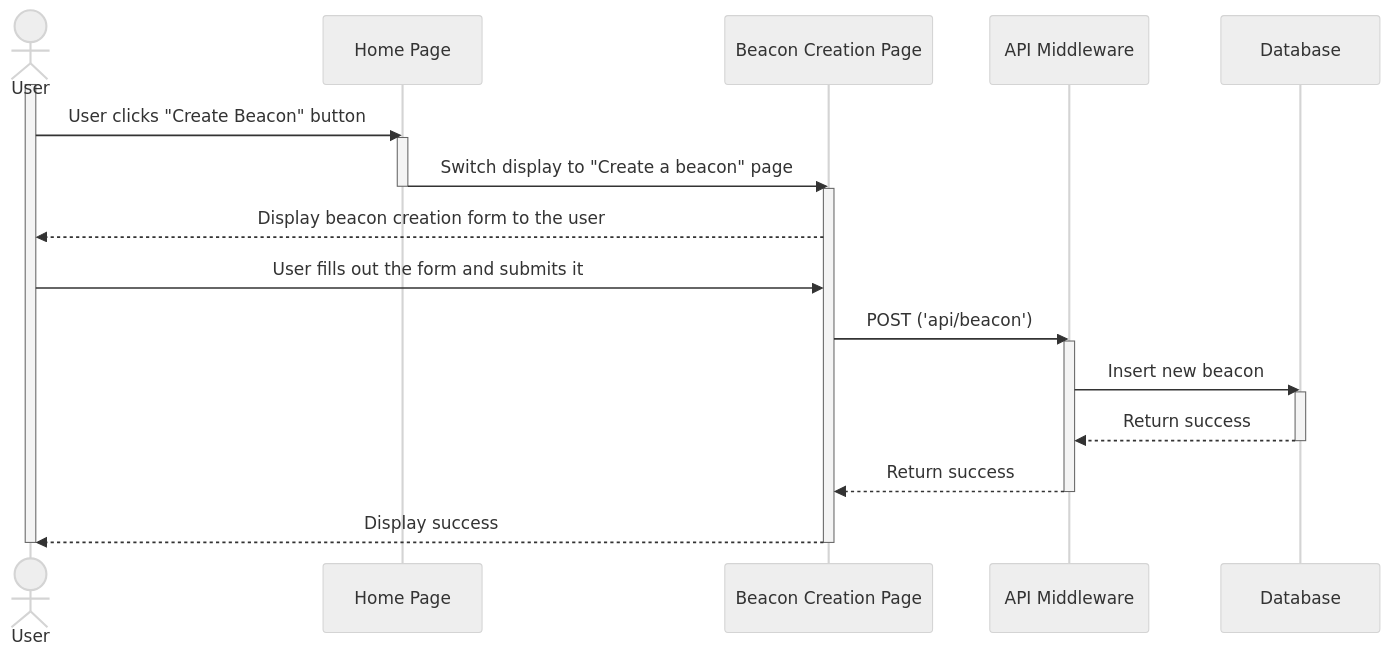
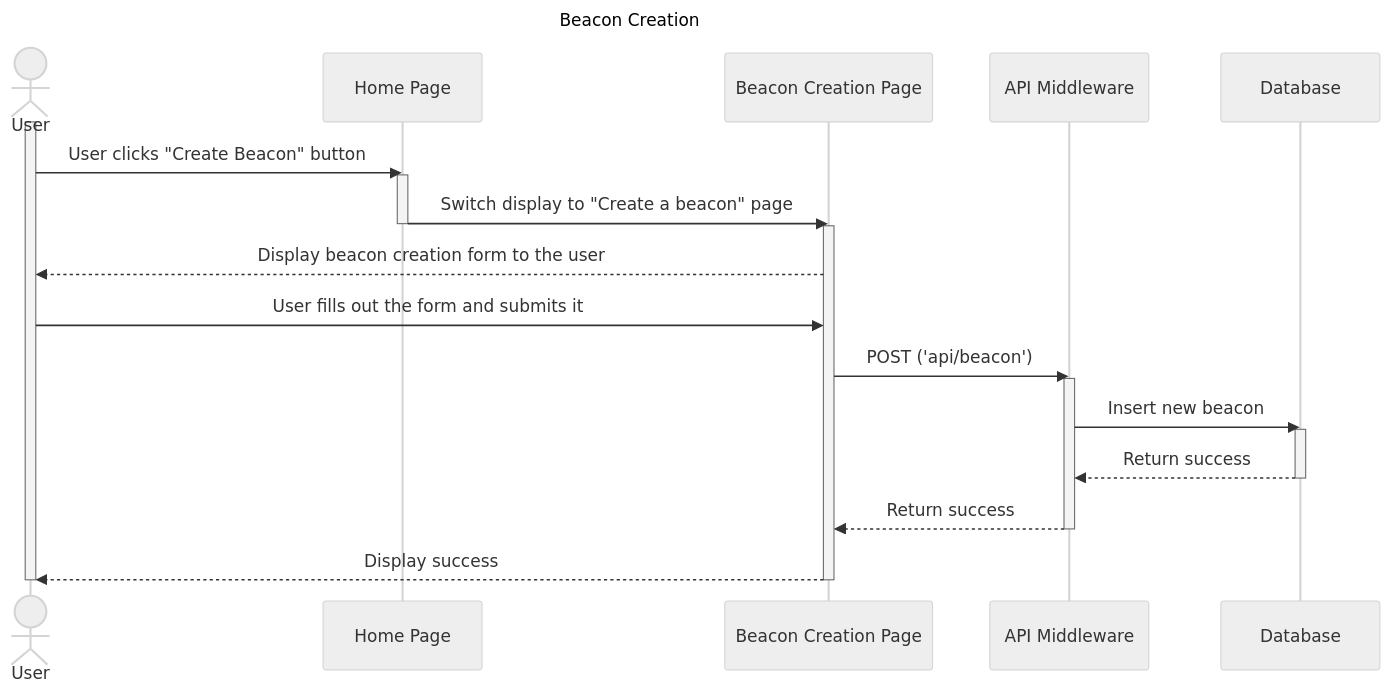
Before and after one commit to jenniferlieu/project-lomo-in-person-gaming-app: the diagram in documentation/docs/system-architecture/sequencediagrams.md, drawn with Mermaid (neutral theme).

Commit message:
Add title to sequence diagram use case 3

````diff
--- a/documentation/docs/system-architecture/sequencediagrams.md
+++ b/documentation/docs/system-architecture/sequencediagrams.md
@@ -6,45 +6,46 @@
 ```mermaid
 sequenceDiagram
+title Beacon Creation
    # initialize actors and participants
    actor user as User
    participant homePage as Home Page
    participant beaconCreationPage as Beacon Creation Page
    participant apiMiddleware as API Middleware
    participant database as Database
    
    # click "create beacon" button
    activate user
    user->>homePage: User clicks "Create Beacon" button
 
    # display to beacon creation page
    activate homePage
    homePage->>beaconCreationPage: Switch display to "Create a beacon" page
    deactivate homePage
    
    activate beaconCreationPage
    beaconCreationPage-->>user: Display beacon creation form to the user
    
    # user fills out the form and submits it
    user->>beaconCreationPage: User fills out the form and submits it
 
    # POST new beacon to middleware
    beaconCreationPage->>apiMiddleware: POST ('api/beacon')
    activate apiMiddleware
    
    # insert new beacon into database
    apiMiddleware->>database: Insert new beacon
    activate database
 
    # return success
    database-->>apiMiddleware: Return success
    deactivate database
 
    apiMiddleware-->>beaconCreationPage: Return success
    deactivate apiMiddleware
 
    beaconCreationPage-->>user: Display success
    deactivate beaconCreationPage
 
    # end
    deactivate user
 ```
````
